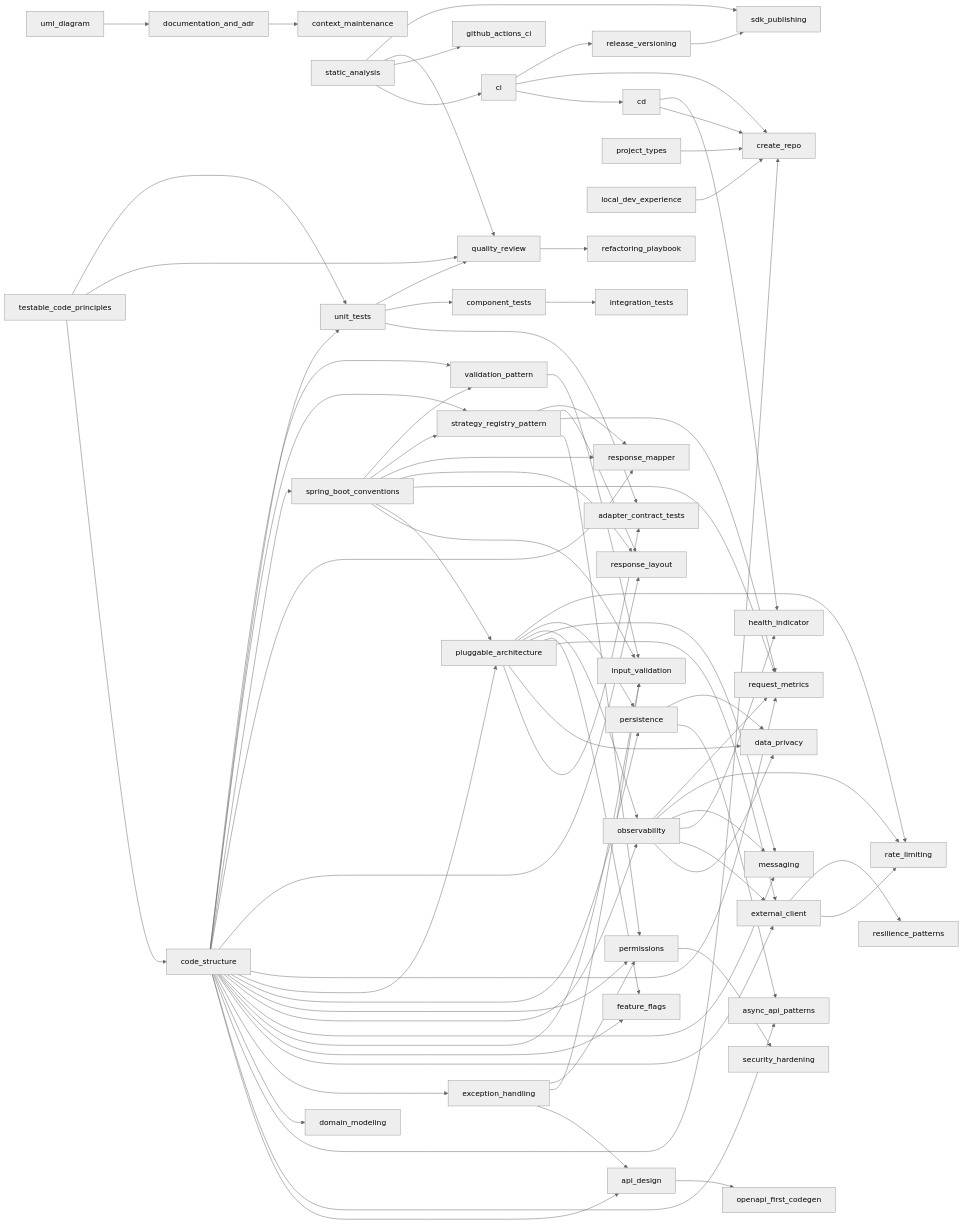
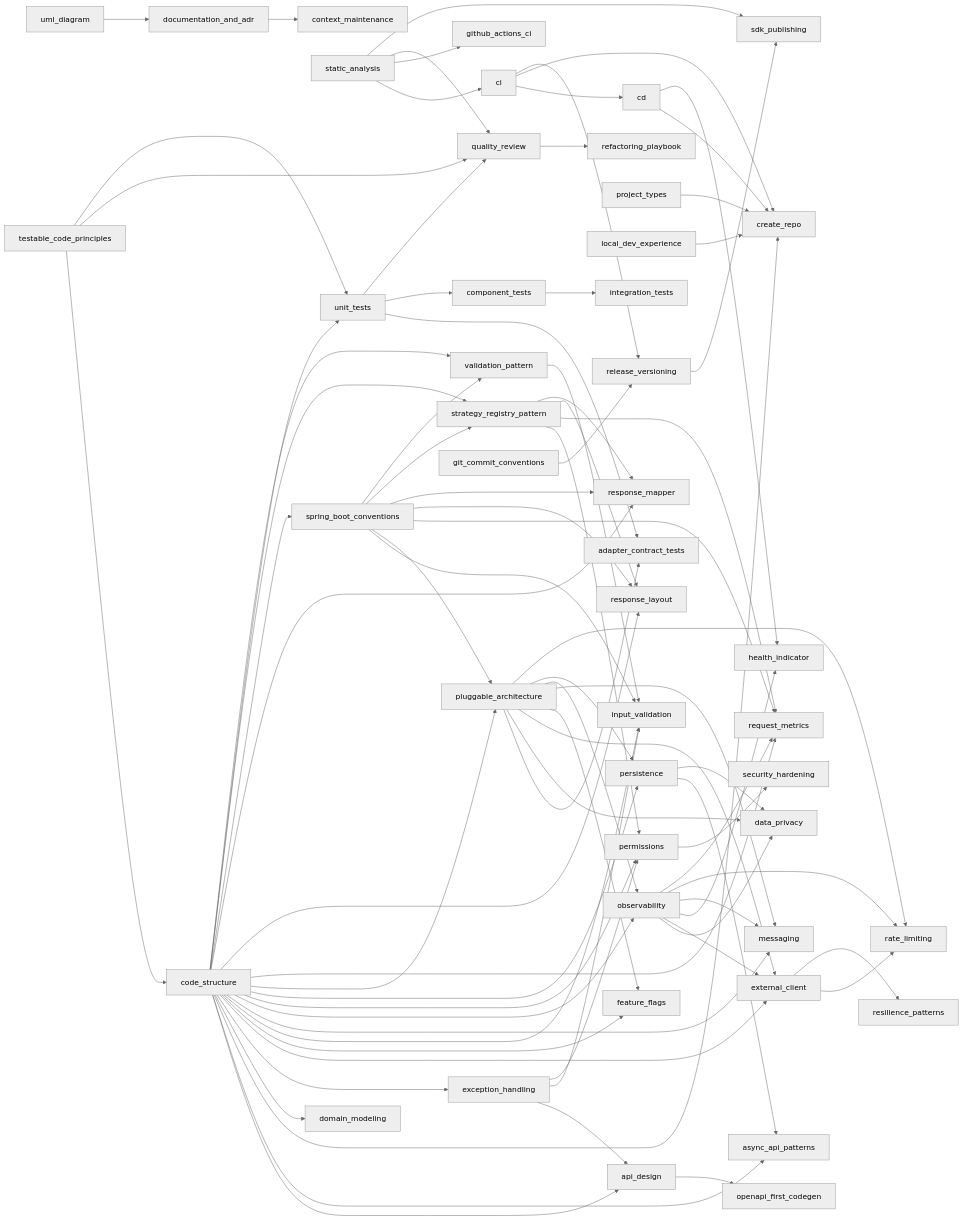
Before and after one commit to oriddd/ai-toolkit: the diagram in copilot/public/skills/BACKEND_GUILD.md, drawn with Mermaid (neutral theme). The commit also changed other lines of this file and 5 other files, not shown here.

First line of the commit message:
fix: register git-commit-conventions skill in the catalogue

````diff
--- a/copilot/public/skills/BACKEND_GUILD.md
+++ b/copilot/public/skills/BACKEND_GUILD.md
@@ -78,80 +79,81 @@
 ```mermaid
 graph LR
   pluggable_architecture --> adapter_contract_tests
   unit_tests --> adapter_contract_tests
   code_structure --> api_design
   exception_handling --> api_design
   code_structure --> async_api_patterns
   persistence --> async_api_patterns
   ci --> cd
   static_analysis --> ci
   testable_code_principles --> code_structure
   unit_tests --> component_tests
   documentation_and_adr --> context_maintenance
   project_types --> create_repo
   code_structure --> create_repo
   ci --> create_repo
   cd --> create_repo
   local_dev_experience --> create_repo
   persistence --> data_privacy
   observability --> data_privacy
   pluggable_architecture --> data_privacy
   uml_diagram --> documentation_and_adr
   code_structure --> domain_modeling
   code_structure --> exception_handling
   code_structure --> external_client
   observability --> external_client
   pluggable_architecture --> external_client
   code_structure --> feature_flags
   pluggable_architecture --> feature_flags
   static_analysis --> github_actions_ci
   cd --> health_indicator
   observability --> health_indicator
   code_structure --> input_validation
   exception_handling --> input_validation
   spring_boot_conventions --> input_validation
   validation_pattern --> input_validation
   component_tests --> integration_tests
   code_structure --> messaging
   observability --> messaging
   pluggable_architecture --> messaging
   code_structure --> observability
   pluggable_architecture --> observability
   api_design --> openapi_first_codegen
   code_structure --> permissions
   exception_handling --> permissions
   strategy_registry_pattern --> permissions
   code_structure --> persistence
   pluggable_architecture --> persistence
   code_structure --> pluggable_architecture
   spring_boot_conventions --> pluggable_architecture
   unit_tests --> quality_review
   static_analysis --> quality_review
   testable_code_principles --> quality_review
   observability --> rate_limiting
   external_client --> rate_limiting
   pluggable_architecture --> rate_limiting
   quality_review --> refactoring_playbook
   ci --> release_versioning
+  git_commit_conventions --> release_versioning
   code_structure --> request_metrics
   observability --> request_metrics
   spring_boot_conventions --> request_metrics
   strategy_registry_pattern --> request_metrics
   external_client --> resilience_patterns
   code_structure --> response_layout
   spring_boot_conventions --> response_layout
   strategy_registry_pattern --> response_layout
   code_structure --> response_mapper
   spring_boot_conventions --> response_mapper
   strategy_registry_pattern --> response_mapper
   release_versioning --> sdk_publishing
   static_analysis --> sdk_publishing
   permissions --> security_hardening
   code_structure --> spring_boot_conventions
   code_structure --> strategy_registry_pattern
   spring_boot_conventions --> strategy_registry_pattern
   code_structure --> unit_tests
   testable_code_principles --> unit_tests
   code_structure --> validation_pattern
   spring_boot_conventions --> validation_pattern
 ```
````
